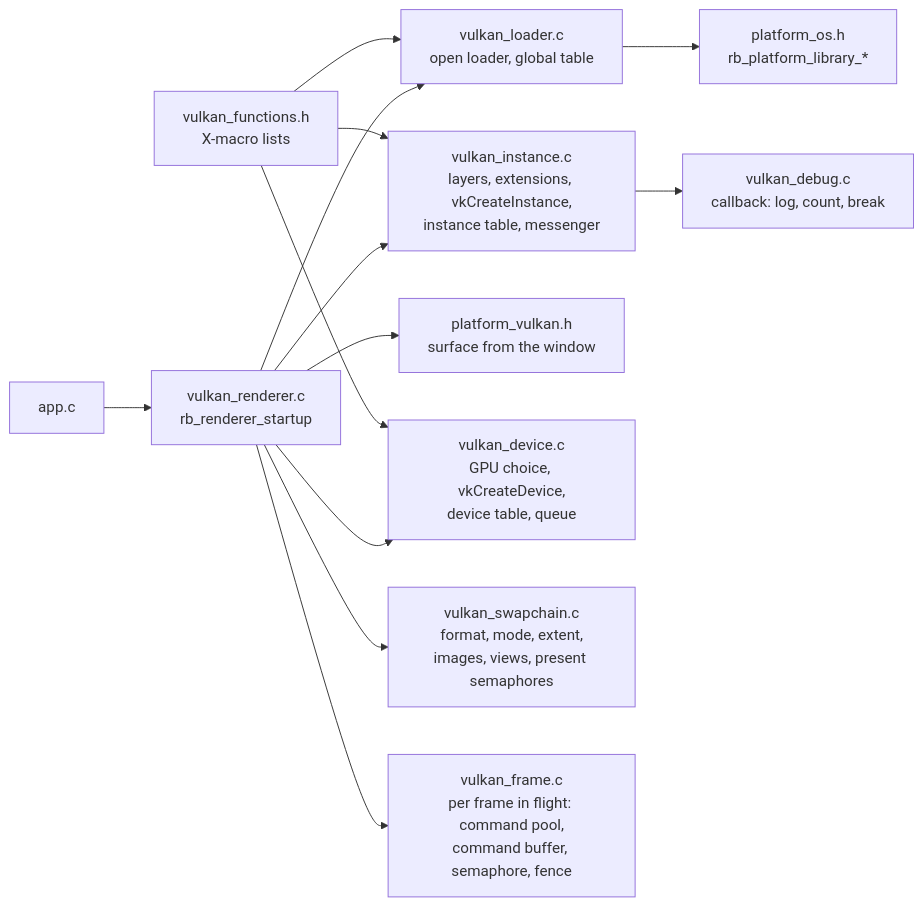
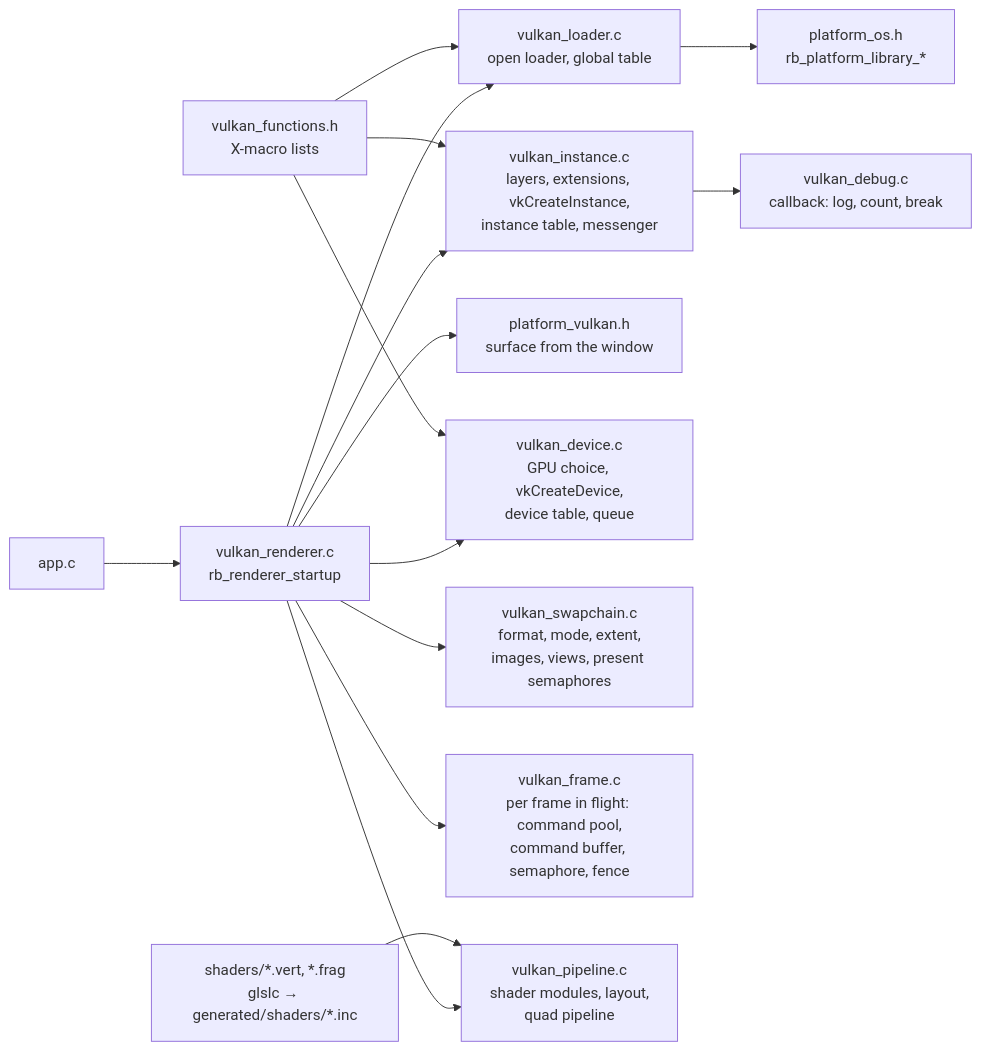
One commit to aski97/reborn-engine changed the first of 3 diagrams in docs/features/renderer.md. Above: the diagram before and after it, drawn with Mermaid. The commit also changed other lines of this file and 19 other files, not shown here.

First line of the commit message:
feat(renderer): draw quads through a shader pipeline

````diff
--- a/docs/features/renderer.md
+++ b/docs/features/renderer.md
@@ -70,15 +81,17 @@
 ```mermaid
 flowchart LR
     APP["app.c"] --> R["vulkan_renderer.c<br/>rb_renderer_startup"]
     R --> L["vulkan_loader.c<br/>open loader, global table"]
     R --> I["vulkan_instance.c<br/>layers, extensions, vkCreateInstance,<br/>instance table, messenger"]
     I --> D["vulkan_debug.c<br/>callback: log, count, break"]
     R --> S["platform_vulkan.h<br/>surface from the window"]
     R --> DEV["vulkan_device.c<br/>GPU choice, vkCreateDevice,<br/>device table, queue"]
     R --> SC["vulkan_swapchain.c<br/>format, mode, extent,<br/>images, views, present semaphores"]
     R --> FR["vulkan_frame.c<br/>per frame in flight: command pool,<br/>command buffer, semaphore, fence"]
+    R --> PL["vulkan_pipeline.c<br/>shader modules, layout,<br/>quad pipeline"]
+    SH["shaders/*.vert, *.frag<br/>glslc → generated/shaders/*.inc"] --> PL
     L --> P["platform_os.h<br/>rb_platform_library_*"]
     F["vulkan_functions.h<br/>X-macro lists"] --> L
     F --> I
     F --> DEV
 ```
````
